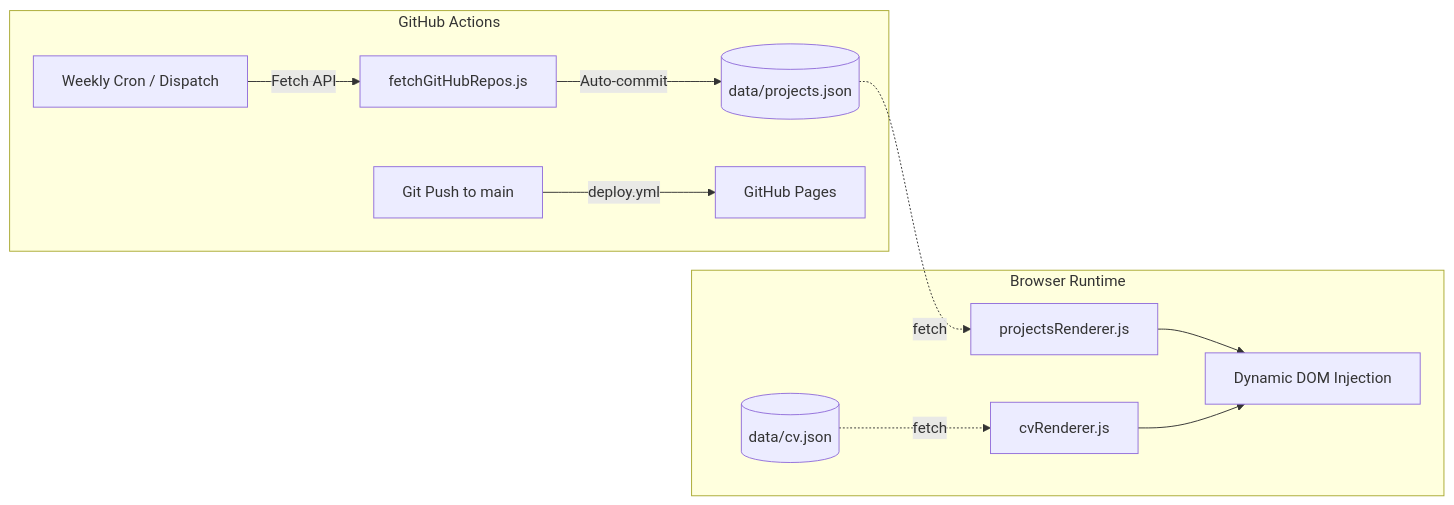
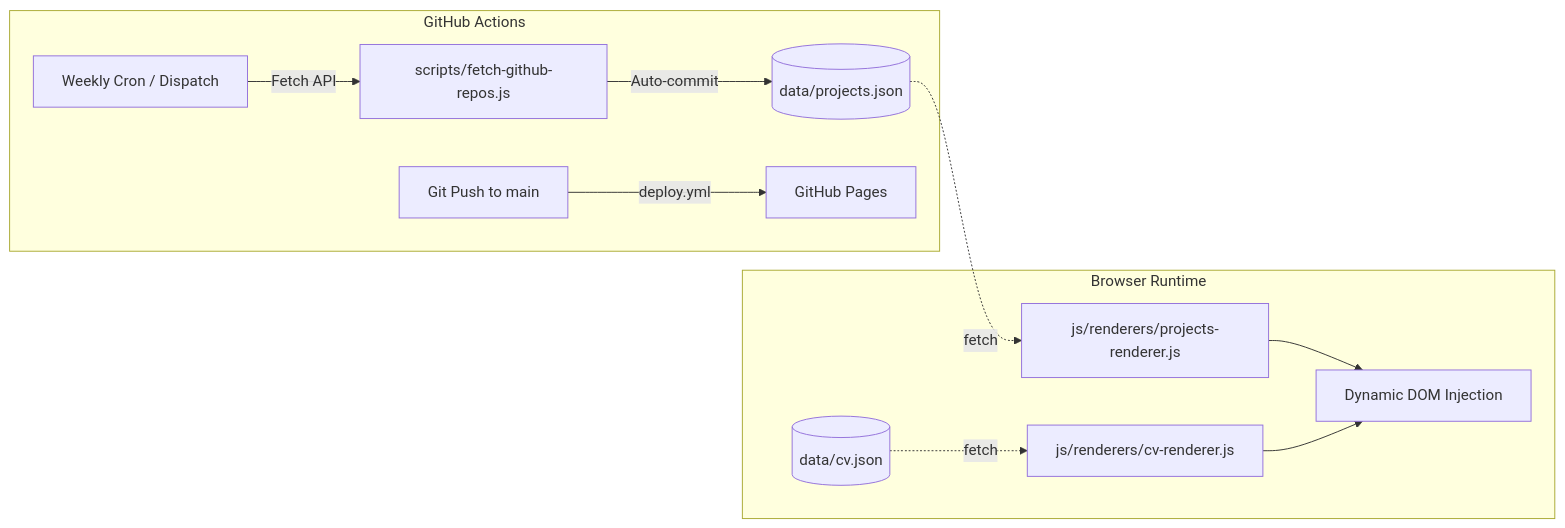
Before and after one commit to jonnyCap/Personal-Website: the diagram in README.md, drawn with Mermaid. The commit also changed other lines of this file and 20 other files, not shown here.

````diff
--- a/README.md
+++ b/README.md
@@ -31,14 +31,14 @@
 ```mermaid
 flowchart LR
     subgraph Automation [GitHub Actions]
-        A[Weekly Cron / Dispatch] -->|Fetch API| B[fetchGitHubRepos.js]
+        A[Weekly Cron / Dispatch] -->|Fetch API| B[scripts/fetch-github-repos.js]
         B -->|Auto-commit| C[(data/projects.json)]
         D[Git Push to main] -->|deploy.yml| E[GitHub Pages]
     end
 
     subgraph Client [Browser Runtime]
-        C -.->|fetch| F[projectsRenderer.js]
-        G[(data/cv.json)] -.->|fetch| H[cvRenderer.js]
+        C -.->|fetch| F[js/renderers/projects-renderer.js]
+        G[(data/cv.json)] -.->|fetch| H[js/renderers/cv-renderer.js]
         F & H --> I[Dynamic DOM Injection]
     end
 ```
````
